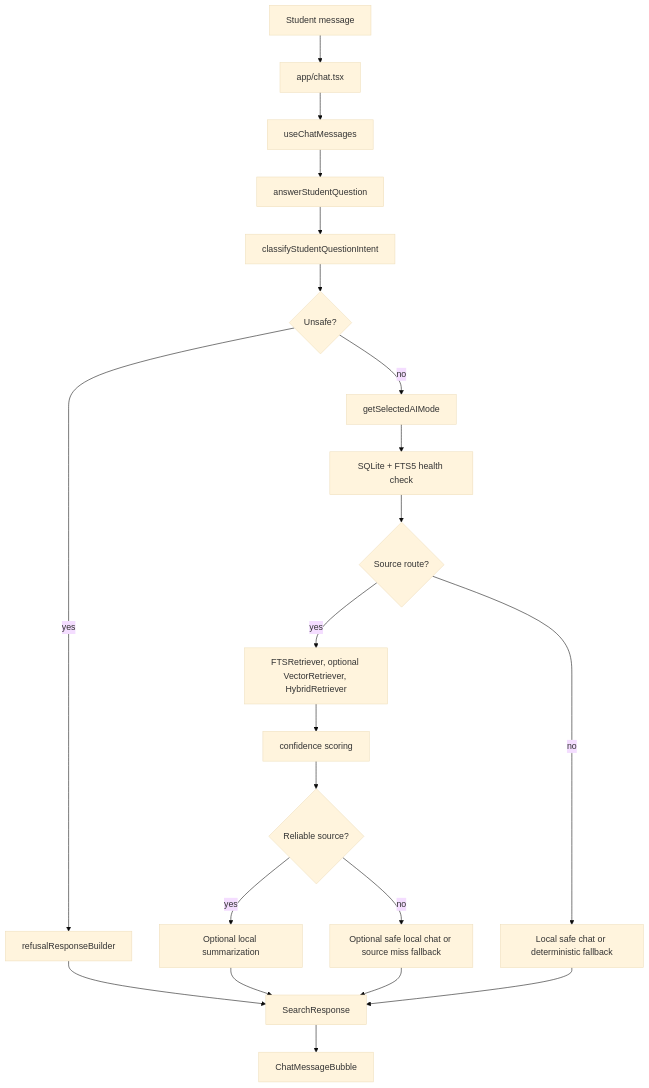
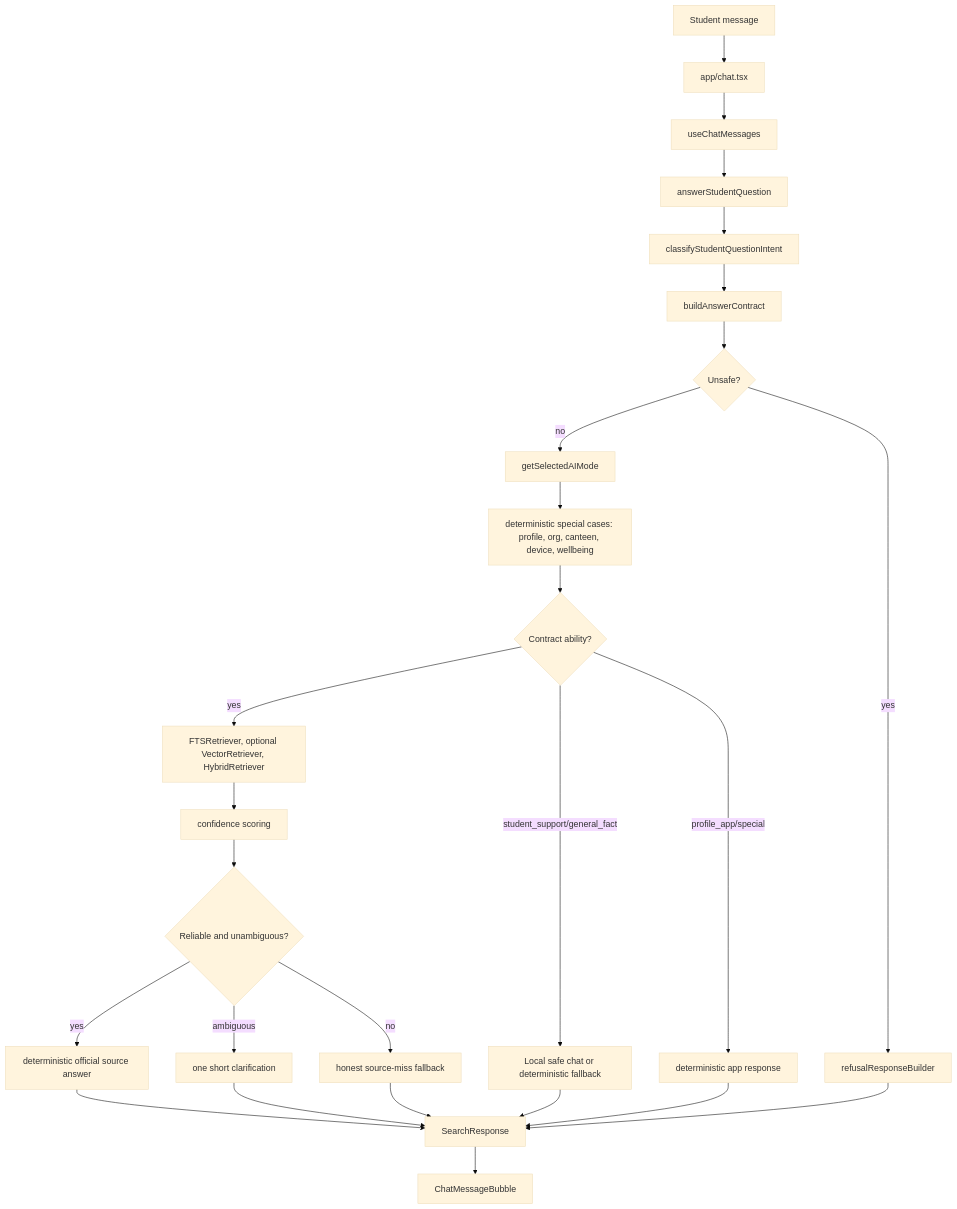
One commit to supertaku/Scrambled-Egg changed the diagram in docs/building-haki-from-scratch.md. Above: the diagram before and after it, drawn with Mermaid (base theme). The commit also changed other lines of this file and 49 other files, not shown here.

Commit message:
feat: modernize UI/UX, re-architect navigation, add Library and Org Chart, and separate mock data

````diff
--- a/docs/building-haki-from-scratch.md
+++ b/docs/building-haki-from-scratch.md
@@ -20,23 +22,28 @@
 ```mermaid
 flowchart TD
   User["Student message"] --> Chat["app/chat.tsx"]
   Chat --> Hook["useChatMessages"]
   Hook --> Answer["answerStudentQuestion"]
   Answer --> Intent["classifyStudentQuestionIntent"]
-  Intent --> Unsafe{"Unsafe?"}
+  Intent --> Contract["buildAnswerContract"]
+  Contract --> Unsafe{"Unsafe?"}
   Unsafe -->|yes| Refusal["refusalResponseBuilder"]
   Unsafe -->|no| Mode["getSelectedAIMode"]
-  Mode --> DB["SQLite + FTS5 health check"]
-  DB --> Route{"Source route?"}
+  Mode --> Special["deterministic special cases: profile, org, canteen, device, wellbeing"]
+  Special --> Route{"Contract ability?"}
   Route -->|yes| Retrieval["FTSRetriever, optional VectorRetriever, HybridRetriever"]
-  Route -->|no| SafeChat["Local safe chat or deterministic fallback"]
+  Route -->|student_support/general_fact| SafeChat["Local safe chat or deterministic fallback"]
+  Route -->|profile_app/special| SpecialAnswer["deterministic app response"]
   Retrieval --> Confidence["confidence scoring"]
-  Confidence --> Reliable{"Reliable source?"}
-  Reliable -->|yes| Summary["Optional local summarization"]
-  Reliable -->|no| General["Optional safe local chat or source miss fallback"]
-  Summary --> Response["SearchResponse"]
+  Confidence --> SourceDecision{"Reliable and unambiguous?"}
+  SourceDecision -->|yes| Official["deterministic official source answer"]
+  SourceDecision -->|ambiguous| Clarify["one short clarification"]
+  SourceDecision -->|no| SourceMiss["honest source-miss fallback"]
+  Official --> Response["SearchResponse"]
+  Clarify --> Response
+  SourceMiss --> Response
   SafeChat --> Response
-  General --> Response
+  SpecialAnswer --> Response
   Refusal --> Response
   Response --> Bubble["ChatMessageBubble"]
 ```
````
